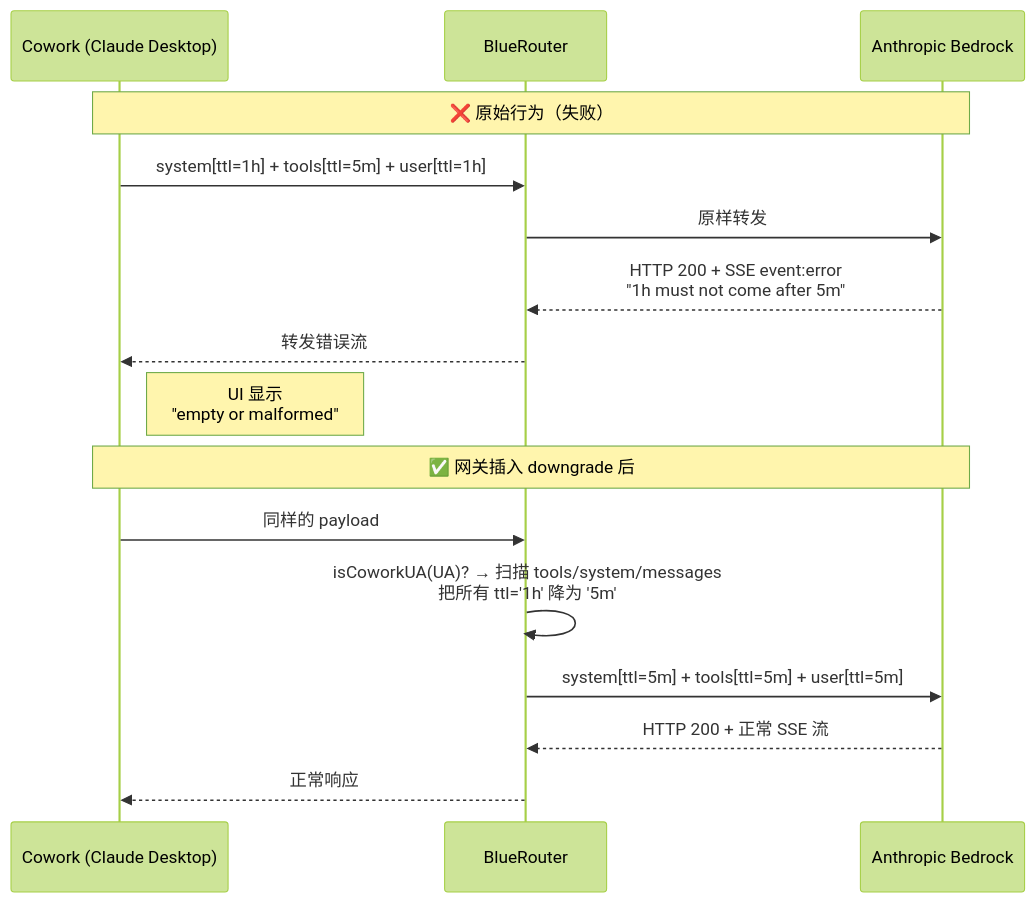
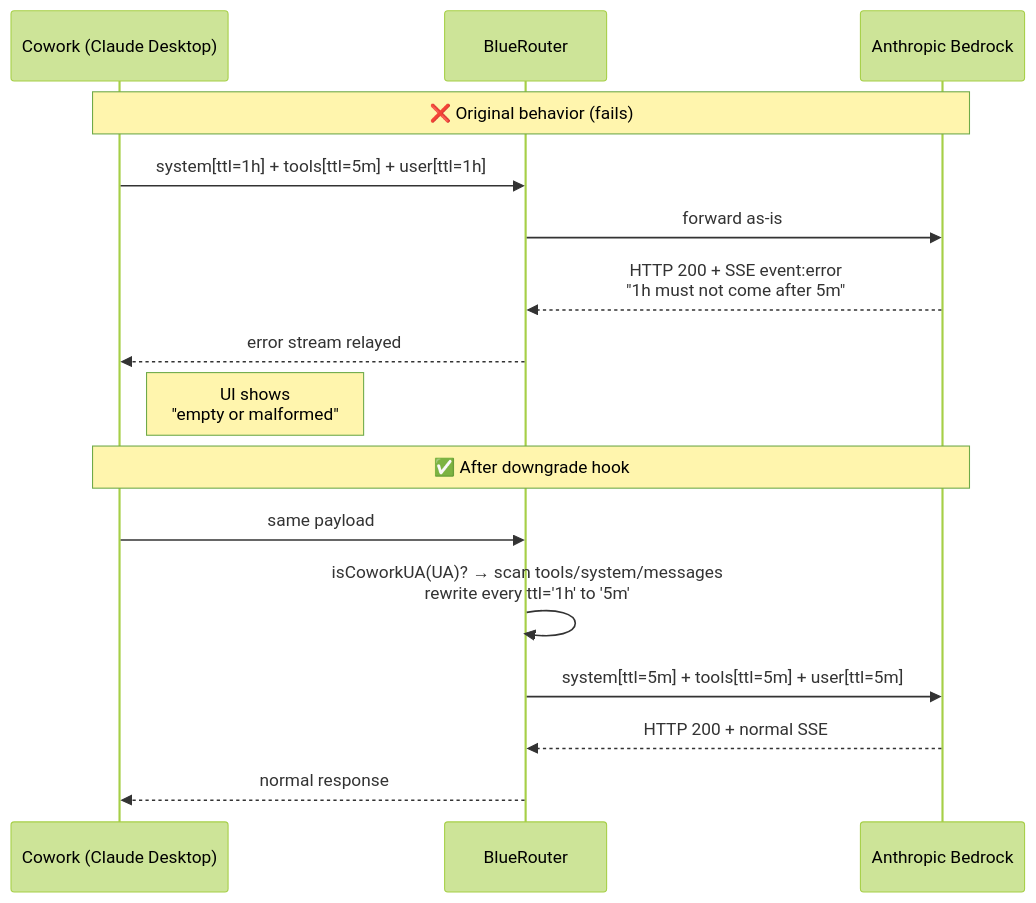
The fifth of 5 diagrams in posts/2026-05-07-claude-desktop-third-party-inference.md (pengyanai/notebook), drawn with Mermaid (forest theme) before and after one commit. The commit also changed other lines of this file, not shown here.

First line of the commit message:
docs: Claude Desktop 3p 文章 — mermaid 全英化 + 补充官方文档

````diff
--- a/posts/2026-05-07-claude-desktop-third-party-inference.md
+++ b/posts/2026-05-07-claude-desktop-third-party-inference.md
@@ -217,20 +217,20 @@
 ```mermaid
 sequenceDiagram
     participant CW as Cowork (Claude Desktop)
     participant GW as BlueRouter
     participant UP as Anthropic Bedrock
 
-    Note over CW,UP: ❌ 原始行为（失败）
+    Note over CW,UP: ❌ Original behavior (fails)
     CW->>GW: system[ttl=1h] + tools[ttl=5m] + user[ttl=1h]
-    GW->>UP: 原样转发
+    GW->>UP: forward as-is
     UP-->>GW: HTTP 200 + SSE event:error<br/>"1h must not come after 5m"
-    GW-->>CW: 转发错误流
-    Note right of CW: UI 显示<br/>"empty or malformed"
+    GW-->>CW: error stream relayed
+    Note right of CW: UI shows<br/>"empty or malformed"
 
-    Note over CW,UP: ✅ 网关插入 downgrade 后
-    CW->>GW: 同样的 payload
-    GW->>GW: isCoworkUA(UA)? → 扫描 tools/system/messages<br/>把所有 ttl='1h' 降为 '5m'
+    Note over CW,UP: ✅ After downgrade hook
+    CW->>GW: same payload
+    GW->>GW: isCoworkUA(UA)? → scan tools/system/messages<br/>rewrite every ttl='1h' to '5m'
     GW->>UP: system[ttl=5m] + tools[ttl=5m] + user[ttl=5m]
-    UP-->>GW: HTTP 200 + 正常 SSE 流
-    GW-->>CW: 正常响应
+    UP-->>GW: HTTP 200 + normal SSE
+    GW-->>CW: normal response
 ```
````
